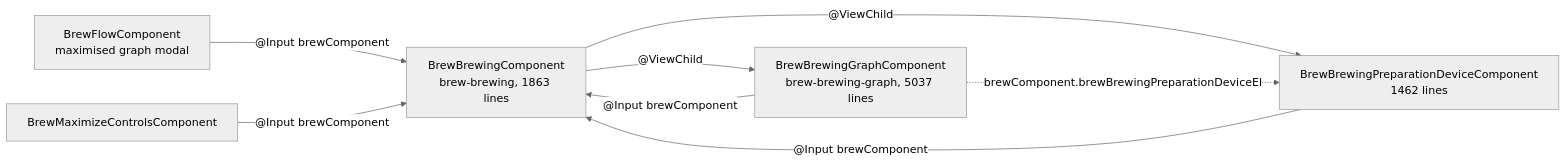
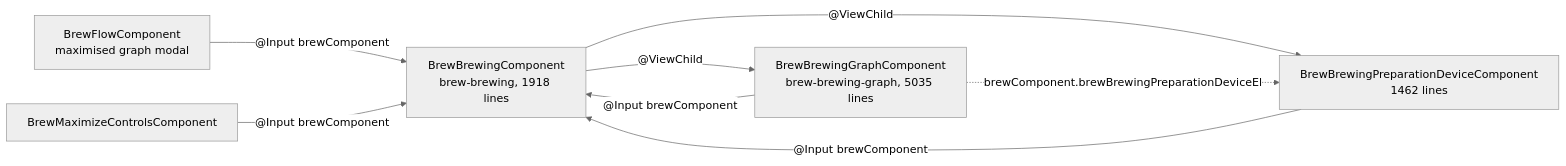
One commit to graphefruit/Beanconqueror changed the third of 3 diagrams in docs/ARCHITECTURE.md. Above: the diagram before and after it, drawn with Mermaid (neutral theme). The commit also changed other lines of this file, not shown here.

Commit message:
Describe change info, local-only keys and the brew field rules in the architecture notes

````diff
--- a/docs/ARCHITECTURE.md
+++ b/docs/ARCHITECTURE.md
@@ -426,15 +513,15 @@
 ```mermaid
 flowchart LR
-    Form[BrewBrewingComponent<br/>brew-brewing, 1863 lines]
-    Graph[BrewBrewingGraphComponent<br/>brew-brewing-graph, 5037 lines]
+    Form[BrewBrewingComponent<br/>brew-brewing, 1918 lines]
+    Graph[BrewBrewingGraphComponent<br/>brew-brewing-graph, 5035 lines]
     Dev[BrewBrewingPreparationDeviceComponent<br/>1462 lines]
     Flow[BrewFlowComponent<br/>maximised graph modal]
     Max[BrewMaximizeControlsComponent]
     Form -- "@ViewChild" --> Graph
     Form -- "@ViewChild" --> Dev
     Graph -- "@Input brewComponent" --> Form
     Dev -- "@Input brewComponent" --> Form
     Flow -- "@Input brewComponent" --> Form
     Max -- "@Input brewComponent" --> Form
     Graph -. "brewComponent.brewBrewingPreparationDeviceEl" .-> Dev
 ```
````
